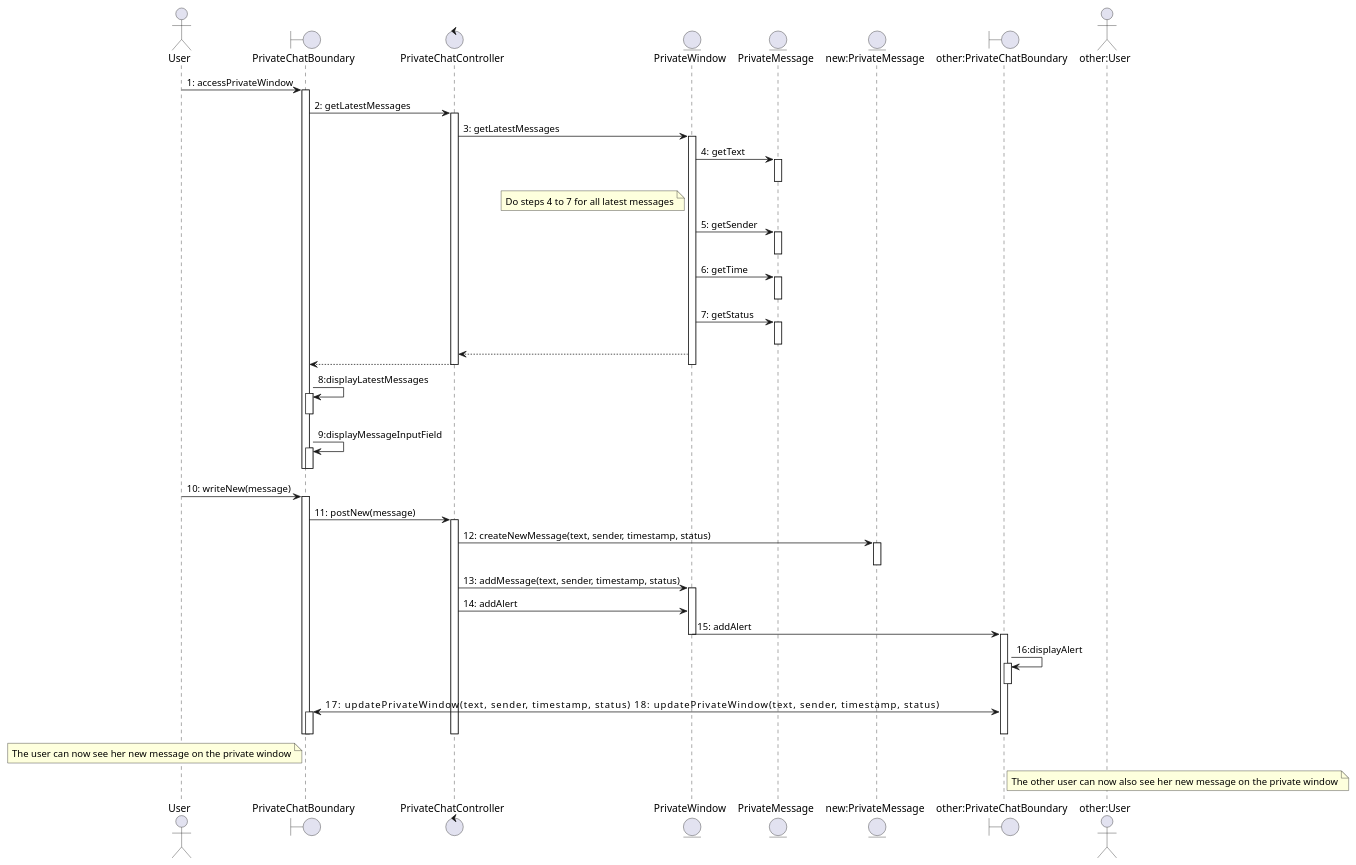
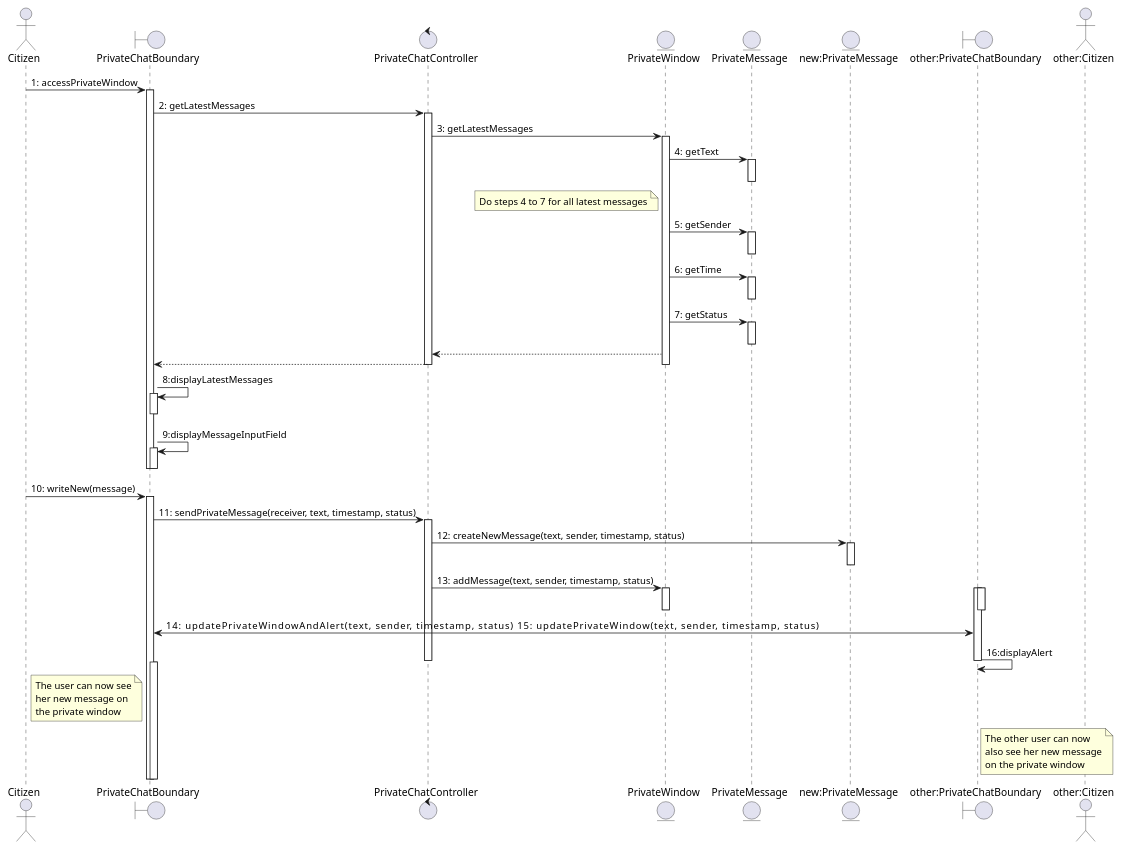
One commit to Lorilandly/ESN changed the diagram in docs/ooa/chat-privately/sequence.puml. Above: the diagram before and after it, drawn with PlantUML. The commit also changed 1 other file, not shown here.

```diff
--- a/docs/ooa/chat-privately/sequence.puml
+++ b/docs/ooa/chat-privately/sequence.puml
@@ -1,71 +1,74 @@
 @startuml
-actor User as u
+actor Citizen as c1
 boundary PrivateChatBoundary as pcv
 control PrivateChatController as pcc
 entity PrivateWindow as pw
 entity PrivateMessage as pm
 entity "new:PrivateMessage" as npm
 boundary "other:PrivateChatBoundary" as opvc
-actor "other:User" as ou
-u -> pcv: 1: accessPrivateWindow
+actor "other:Citizen" as c2
+c1 -> pcv: 1: accessPrivateWindow
 activate pcv
 pcv -> pcc: 2: getLatestMessages
 activate pcc
 pcc -> pw: 3: getLatestMessages
 activate pw
 pw -> pm: 4: getText
 note left of pw
  Do steps 4 to 7 for all latest messages
 end note
 activate pm
 deactivate pm
 pw -> pm: 5: getSender
 activate pm
 deactivate pm
 pw -> pm: 6: getTime
 activate pm
 deactivate pm
 pw -> pm: 7: getStatus
 activate pm
 deactivate pm
 pw --> pcc
 pcc --> pcv
 deactivate pcc
 deactivate pw
 pcv -> pcv: 8:displayLatestMessages
 activate pcv
 deactivate pcv
 pcv -> pcv: 9:displayMessageInputField
 activate pcv
 deactivate pcv
 deactivate pcv
-u -> pcv: 10: writeNew(message)
+
+c1 -> pcv: 10: writeNew(message)
 activate pcv
-pcv -> pcc: 11: postNew(message)
+pcv -> pcc: 11: sendPrivateMessage(receiver, text, timestamp, status)
 activate pcc
 pcc -> npm: 12: createNewMessage(text, sender, timestamp, status)
 activate npm
 deactivate npm
 pcc -> pw: 13: addMessage(text, sender, timestamp, status)
 activate pw
-pcc -> pw: 14: addAlert
-pw -> opvc: 15: addAlert
 deactivate pw
 activate opvc
-opvc -> opvc: 16:displayAlert
 activate opvc
 deactivate opvc
-pcv <-> opvc: 17: updatePrivateWindow(text, sender, timestamp, status)                                       18: updatePrivateWindow(text, sender, timestamp, status)
+pcv <-> opvc: 14: updatePrivateWindowAndAlert(text, sender, timestamp, status)                                       15: updatePrivateWindow(text, sender, timestamp, status)
+opvc -> opvc: 16:displayAlert
 note left of pcv
- The user can now see her new message on the private window
+The user can now see
+her new message on 
+the private window
 end note
 note right of opvc
- The other user can now also see her new message on the private window
+The other user can now
+also see her new message
+on the private window
 end note
 activate pcv
 deactivate pcv
 deactivate pcc
 deactivate opvc
 deactivate pcv
 
 @enduml
```
